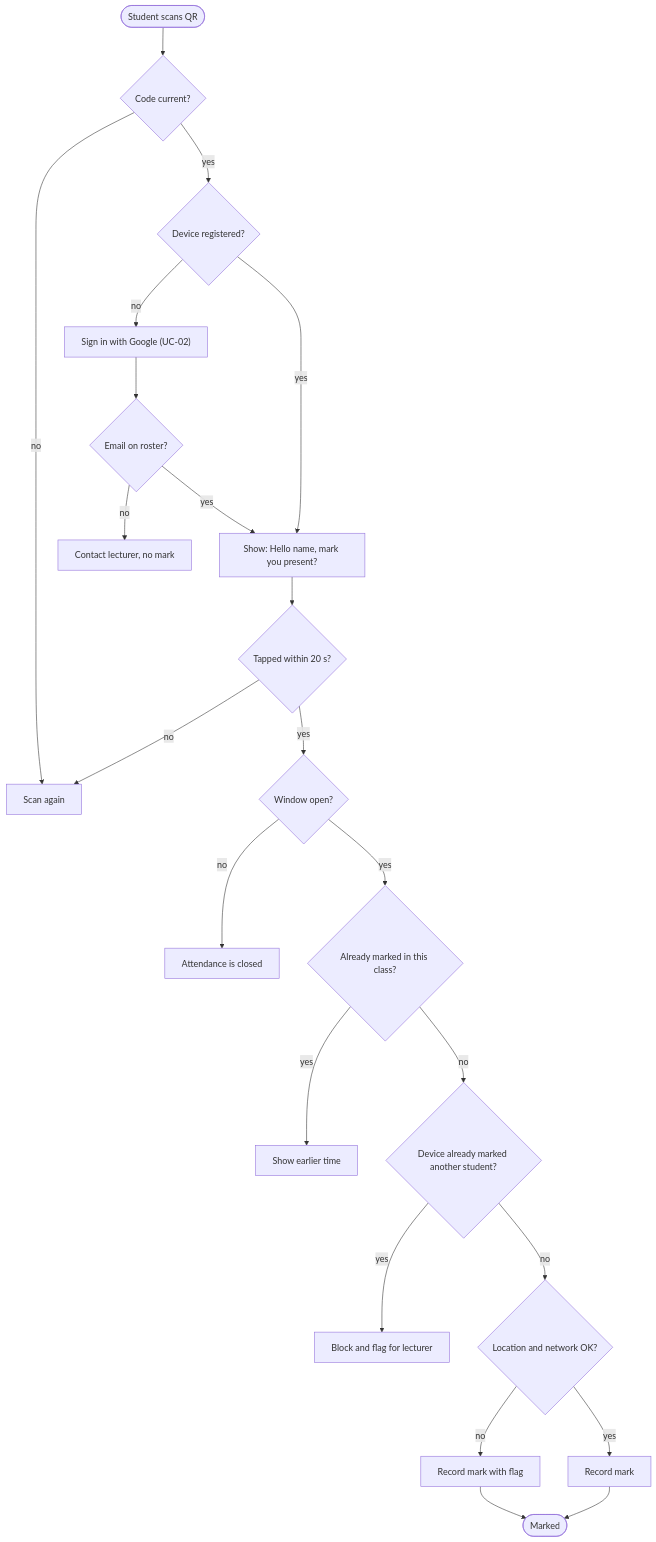
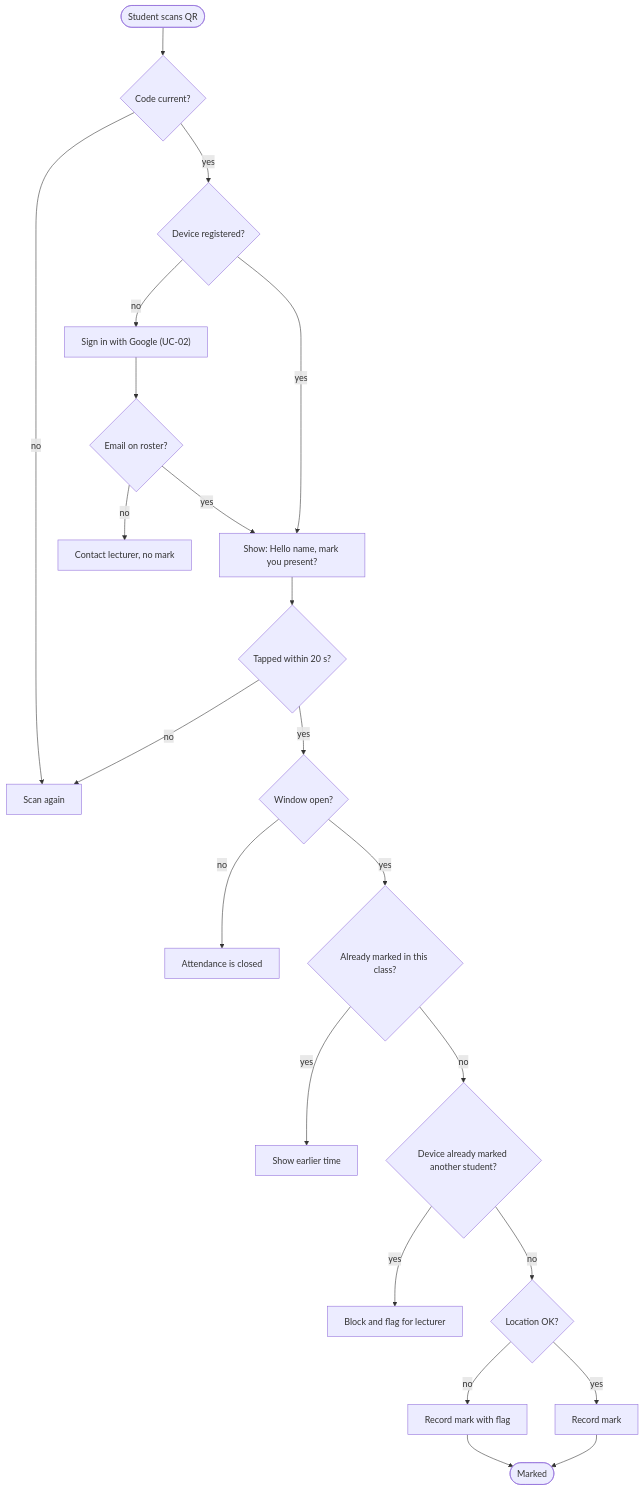
One commit to Gashaw-ambaw/Ex2 changed the diagram in docs/use_cases.md. Above: the diagram before and after it, drawn with Mermaid. The commit also changed other lines of this file and 5 other files, not shown here.

````diff
--- a/docs/use_cases.md
+++ b/docs/use_cases.md
@@ -117,24 +116,24 @@
 ```mermaid
 flowchart TD
   A(["Student scans QR"]) --> B{"Code current?"}
   B -- no --> B1["Scan again"]
   B -- yes --> C{"Device registered?"}
   C -- no --> D["Sign in with Google (UC-02)"]
   D --> E{"Email on roster?"}
   E -- no --> E1["Contact lecturer, no mark"]
   E -- yes --> F
   C -- yes --> F["Show: Hello name, mark you present?"]
   F --> G{"Tapped within 20 s?"}
   G -- no --> B1
   G -- yes --> H{"Window open?"}
   H -- no --> H1["Attendance is closed"]
   H -- yes --> I{"Already marked in this class?"}
   I -- yes --> I1["Show earlier time"]
   I -- no --> J{"Device already marked another student?"}
   J -- yes --> J1["Block and flag for lecturer"]
-  J -- no --> K{"Location and network OK?"}
+  J -- no --> K{"Location OK?"}
   K -- no --> K1["Record mark with flag"]
   K -- yes --> L["Record mark"]
   K1 --> M(["Marked"])
   L --> M
 ```
````
